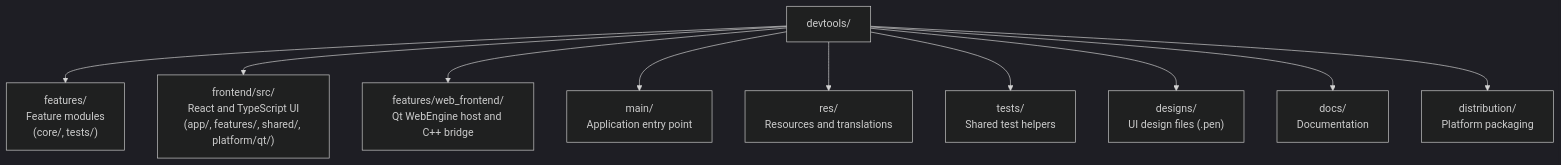
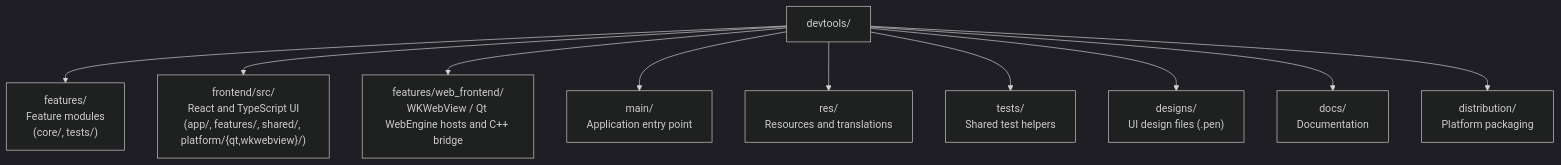
One commit to LotusAndCompany/devtools changed the first of 2 diagrams in CONTRIBUTING.md. Above: the diagram before and after it, drawn with Mermaid (dark theme). The commit also changed other lines of this file and 46 other files, not shown here.

Commit message:
feat(web-frontend): add macOS WKWebView host

````diff
--- a/CONTRIBUTING.md
+++ b/CONTRIBUTING.md
@@ -32,13 +32,13 @@
 ```mermaid
 flowchart TD
     root["devtools/"]
     root --> features["features/<br/>Feature modules<br/>(core/, tests/)"]
-    root --> frontend["frontend/src/<br/>React and TypeScript UI<br/>(app/, features/, shared/, platform/qt/)"]
-    root --> webbridge["features/web_frontend/<br/>Qt WebEngine host and C++ bridge"]
+    root --> frontend["frontend/src/<br/>React and TypeScript UI<br/>(app/, features/, shared/, platform/{qt,wkwebview}/)"]
+    root --> webbridge["features/web_frontend/<br/>WKWebView / Qt WebEngine hosts and C++ bridge"]
     root --> main["main/<br/>Application entry point"]
     root --> resources["res/<br/>Resources and translations"]
     root --> tests["tests/<br/>Shared test helpers"]
     root --> designs["designs/<br/>UI design files (.pen)"]
     root --> docs["docs/<br/>Documentation"]
     root --> distribution["distribution/<br/>Platform packaging"]
 ```
````
